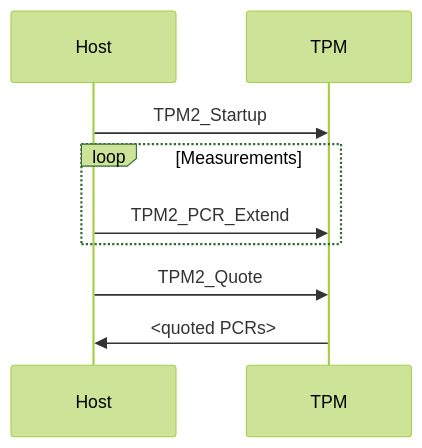
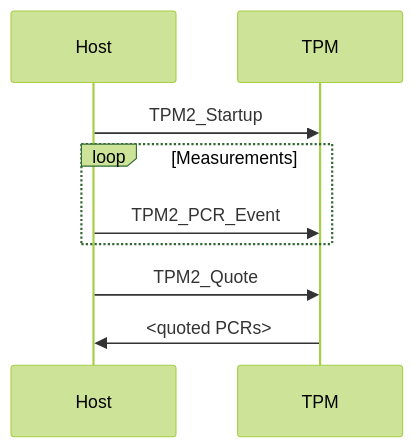
Before and after one commit to TrustedComputingGroup/markdown: the first of 2 diagrams in sample2.md, drawn with Mermaid (forest theme). The commit also changed other lines of this file and 1 other file, not shown here.

````diff
--- a/sample2.md
+++ b/sample2.md
@@ -83,9 +85,9 @@
 ```mermaid {caption="Startup sequence"}
 sequenceDiagram
 Host->>TPM: TPM2_Startup
 loop Measurements
-    Host->>TPM: TPM2_PCR_Extend
+    Host->>TPM: TPM2_PCR_Event
 end
 Host->>TPM: TPM2_Quote
 TPM->>Host: <quoted PCRs>
 ```
````
